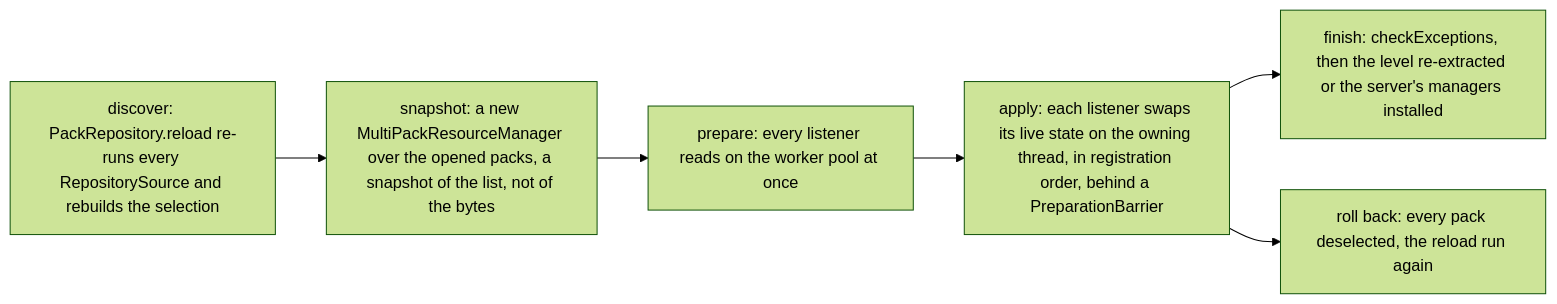
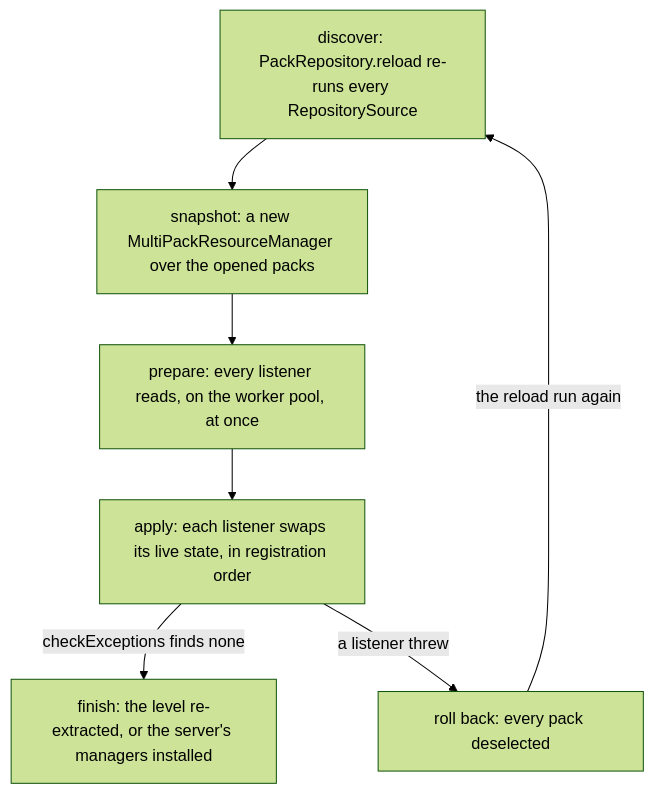
One commit to AlexanderjFraser/MinecraftDocs changed the first of 3 diagrams in src/systems/foundations/resource-system.md. Above: the diagram before and after it, drawn with Mermaid (forest theme). The commit also changed other lines of this file and 14 other files, not shown here.

````diff
--- a/src/systems/foundations/resource-system.md
+++ b/src/systems/foundations/resource-system.md
@@ -38,8 +38,9 @@
 ```mermaid
-flowchart LR
-    D["discover: PackRepository.reload re-runs every RepositorySource and rebuilds the selection"] --> S["snapshot: a new MultiPackResourceManager over the opened packs, a snapshot of the list, not of the bytes"]
-    S --> P["prepare: every listener reads on the worker pool at once"]
-    P --> A["apply: each listener swaps its live state on the owning thread, in registration order, behind a PreparationBarrier"]
-    A --> F["finish: checkExceptions, then the level re-extracted or the server's managers installed"]
-    A --> R["roll back: every pack deselected, the reload run again"]
+flowchart TD
+    D["discover: PackRepository.reload re-runs every RepositorySource"] --> S["snapshot: a new MultiPackResourceManager over the opened packs"]
+    S --> P["prepare: every listener reads, on the worker pool, at once"]
+    P --> A["apply: each listener swaps its live state, in registration order"]
+    A -- "checkExceptions finds none" --> F["finish: the level re-extracted, or the server's managers installed"]
+    A -- "a listener threw" --> R["roll back: every pack deselected"]
+    R -- "the reload run again" --> D
 ```
````
